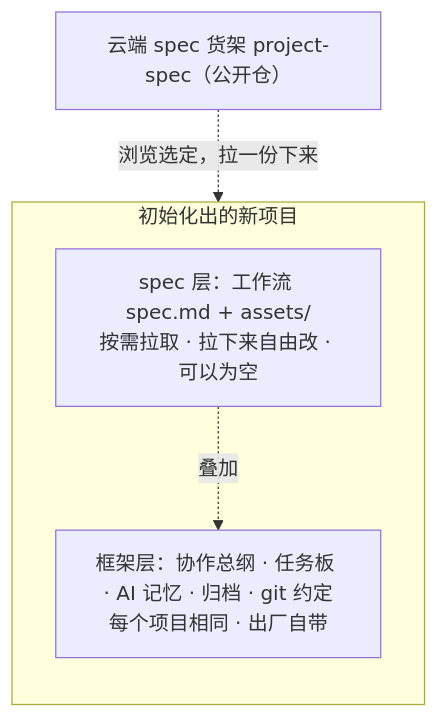
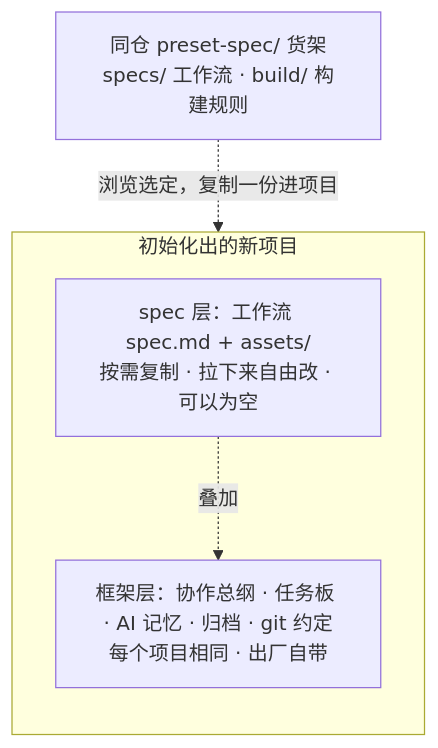
The second of 2 diagrams in README.md (The-Daybreaker/project-spec), drawn with Mermaid before and after one commit. The commit also changed other lines of this file and 12 other files, not shown here.

First line of the commit message:
docs: 决策 66/67 内容级联——规范归位 AGENTS.md §五、货架改同仓 preset-spec 口径

````diff
--- a/README.md
+++ b/README.md
@@ -66,11 +71,11 @@
 ```mermaid
 flowchart TB
-  CLOUD["云端 spec 货架 project-spec（公开仓）"]
+  SHELF["同仓 preset-spec/ 货架<br/>specs/ 工作流 · build/ 构建规则"]
   subgraph PROJ["初始化出的新项目"]
     direction TB
-    SPEC["spec 层：工作流 spec.md + assets/<br/>按需拉取 · 拉下来自由改 · 可以为空"]
+    SPEC["spec 层：工作流 spec.md + assets/<br/>按需复制 · 拉下来自由改 · 可以为空"]
     FRAME["框架层：协作总纲 · 任务板 · AI 记忆 · 归档 · git 约定<br/>每个项目相同 · 出厂自带"]
     SPEC -. "叠加" .-> FRAME
   end
-  CLOUD -. "浏览选定，拉一份下来" .-> SPEC
+  SHELF -. "浏览选定，复制一份进项目" .-> SPEC
 ```
````
